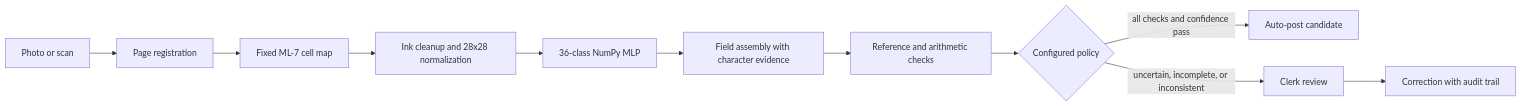
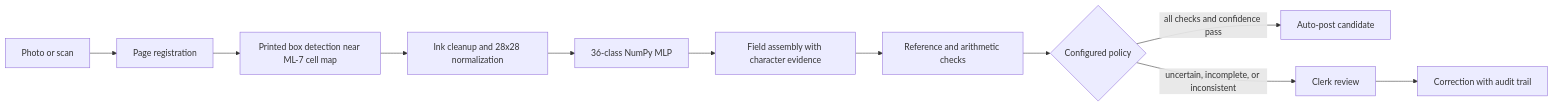
The diagram in docs/approach.md (c85/mileage-log-reader), drawn with Mermaid before and after one commit. The commit also changed other lines of this file and 11 other files, not shown here.

````diff
--- a/docs/approach.md
+++ b/docs/approach.md
@@ -31,13 +31,13 @@
 ```mermaid
 flowchart LR
   A[Photo or scan] --> B[Page registration]
-  B --> C[Fixed ML-7 cell map]
+  B --> C[Printed box detection near ML-7 cell map]
   C --> D[Ink cleanup and 28x28 normalization]
   D --> E[36-class NumPy MLP]
   E --> F[Field assembly with character evidence]
   F --> G[Reference and arithmetic checks]
   G --> H{Configured policy}
   H -->|all checks and confidence pass| I[Auto-post candidate]
   H -->|uncertain, incomplete, or inconsistent| J[Clerk review]
   J --> K[Correction with audit trail]
 ```
````
